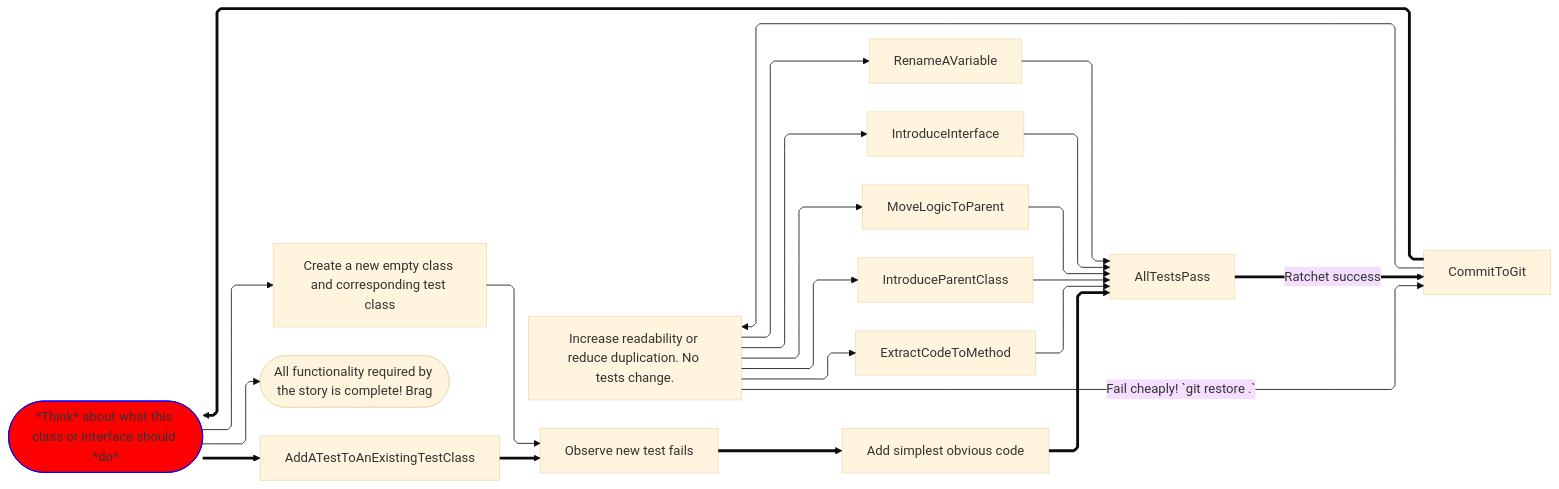
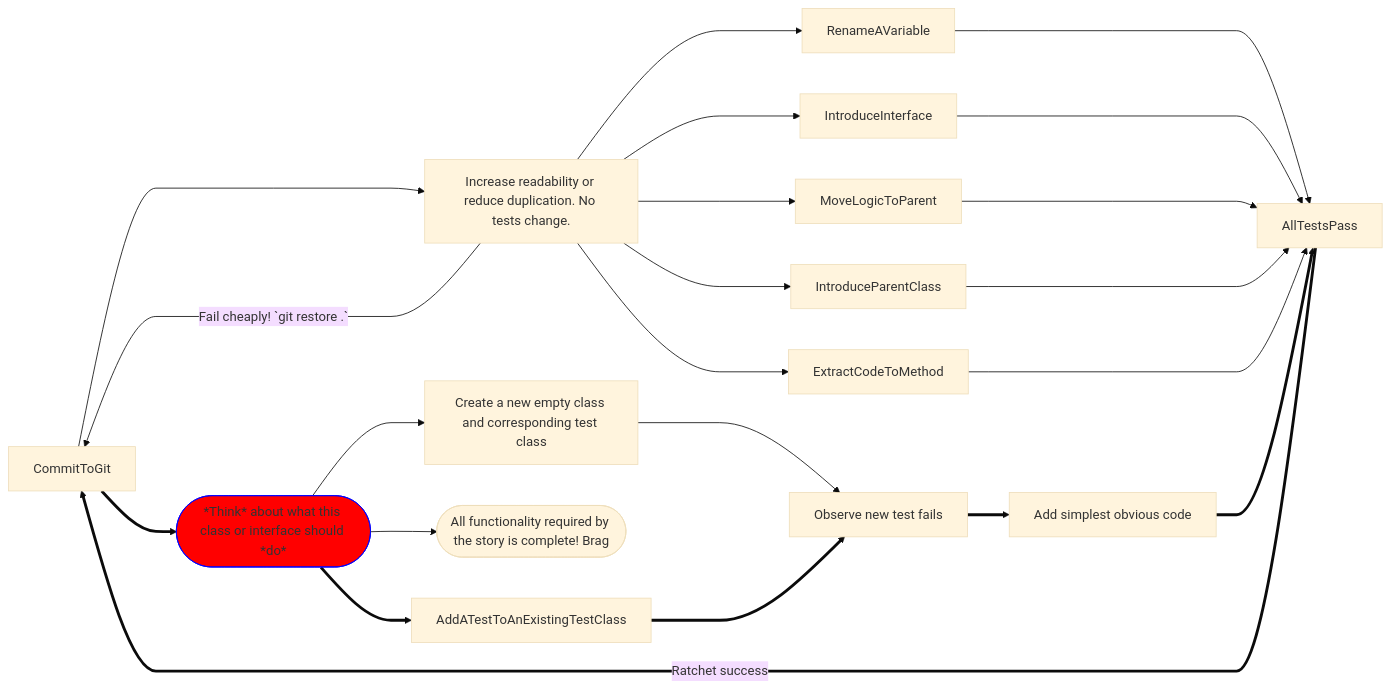
One commit to Billy-Spearman-WCCI/RaceCarExtension changed the third of 5 diagrams in README.md. Above: the diagram before and after it, drawn with Mermaid (base theme).

Commit message:
Eschew elk

````diff
--- a/README.md
+++ b/README.md
@@ -891,27 +891,27 @@
 ```mermaid
-%%{init: { 'flowchart': { 'curve': 'monotoneX', "defaultRenderer": "elk"}} }%%
+%%{init: { 'flowchart': { 'curve': 'monotoneX'}} }%%
 graph LR;
 CommitToGit-->MakeImprovements["Increase readability or reduce duplication. No tests change."]
 CommitToGit==>Think(["*Think* about what this class or interface should *do*"])
 classDef thinkStyle fill:#f00,stroke:#00f
 class Think thinkStyle;
 Think-->CreateANewClass["Create a new empty class and corresponding test class"]
 Think-->DONE(["All functionality required by the story is complete! Brag"])
 CreateANewClass-->AddATest["Observe new test fails"]
 Think==>AddATestToAnExistingTestClass
 AddATestToAnExistingTestClass==>AddATest
 AllTestsPass==>|"Ratchet success"|CommitToGit
 MakeImprovements-->RenameAVariable
 RenameAVariable--->AllTestsPass
 MakeImprovements-->IntroduceInterface
 IntroduceInterface--->AllTestsPass
 MakeImprovements-->MoveLogicToParent
 MoveLogicToParent--->AllTestsPass
 MakeImprovements-->IntroduceParentClass
 IntroduceParentClass--->AllTestsPass
 MakeImprovements-->ExtractCodeToMethod
 ExtractCodeToMethod--->AllTestsPass
 AddATest==>WriteCode["Add simplest obvious code"]
 WriteCode==>AllTestsPass
 MakeImprovements-->|"Fail cheaply! `git restore .`"|CommitToGit
 ```
````
